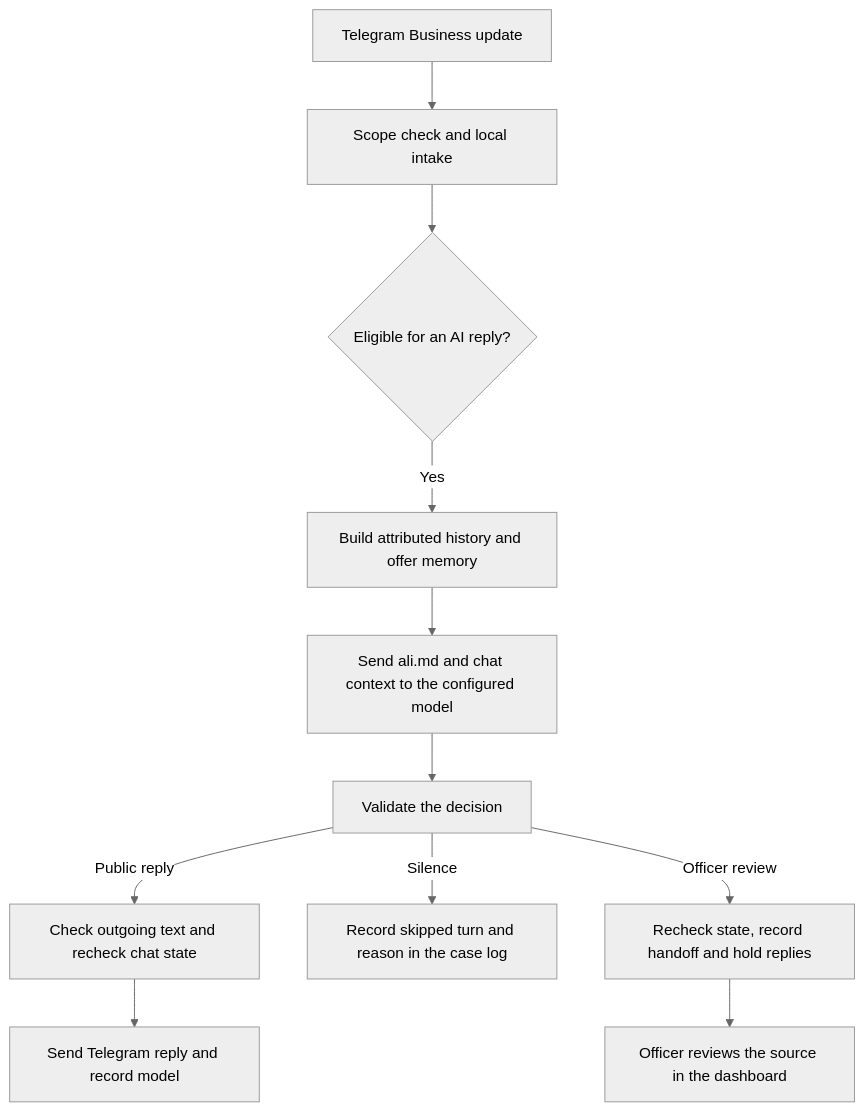
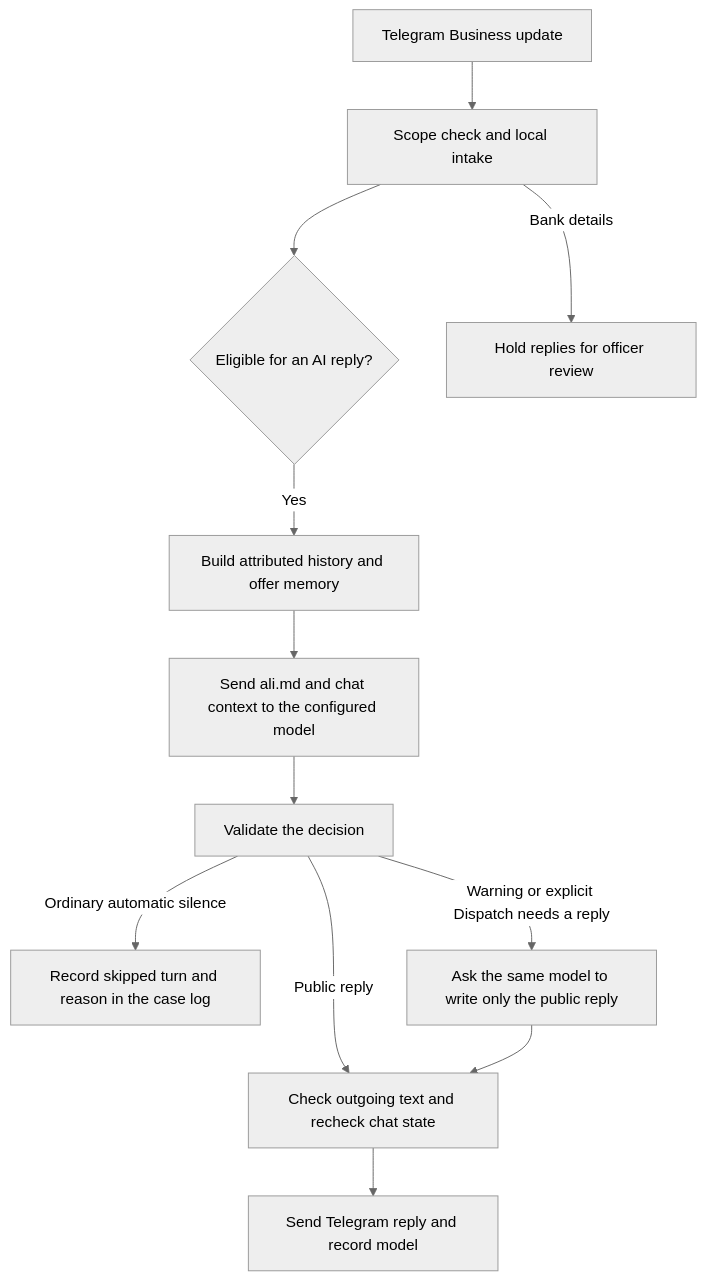
One commit to UchihaShaco/Mirsad changed the diagram in docs/telegram/reply-generator.md. Above: the diagram before and after it, drawn with Mermaid (neutral theme). The commit also changed other lines of this file and 95 other files, not shown here.

First line of the commit message:
wip: portal redesign, one-click Telegram Dispatch, silence reasons and WhatsApp demo

````diff
--- a/docs/telegram/reply-generator.md
+++ b/docs/telegram/reply-generator.md
@@ -9,13 +9,14 @@
 ```mermaid
 flowchart TD
     A[Telegram Business update] --> B[Scope check and local intake]
     B --> C{Eligible for an AI reply?}
     C -->|Yes| D[Build attributed history and offer memory]
     D --> E[Send ali.md and chat context to the configured model]
     E --> F[Validate the decision]
     F -->|Public reply| G[Check outgoing text and recheck chat state]
     G --> H[Send Telegram reply and record model]
-    F -->|Silence| I[Record skipped turn and reason in the case log]
-    F -->|Officer review| J[Recheck state, record handoff and hold replies]
-    J --> K[Officer reviews the source in the dashboard]
+    F -->|Ordinary automatic silence| I[Record skipped turn and reason in the case log]
+    F -->|Warning or explicit Dispatch needs a reply| J[Ask the same model to write only the public reply]
+    J --> G
+    B -->|Bank details| K[Hold replies for officer review]
 ```
````
